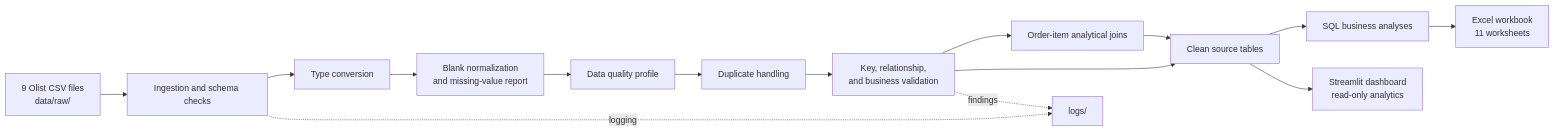
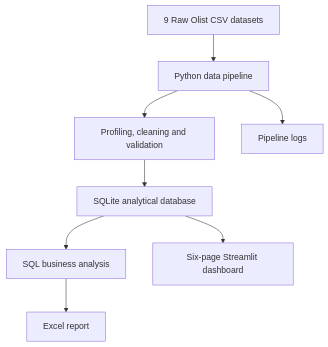
One commit to Tuberamesh/ecommerce-automation-system changed the diagram in README.md. Above: the diagram before and after it, drawn with Mermaid. The commit also changed other lines of this file and 10 other files, not shown here.

Commit message:
Finalize Olist Commerce Intelligence dashboard and deployment setup

````diff
--- a/README.md
+++ b/README.md
@@ -19,17 +21,10 @@
 ```mermaid
-flowchart LR
-    CSV["9 Olist CSV files<br/>data/raw/"] --> Load["Ingestion and schema checks"]
-    Load --> Types["Type conversion"]
-    Types --> Missing["Blank normalization<br/>and missing-value report"]
-    Missing --> Profile["Data quality profile"]
-    Profile --> Duplicates["Duplicate handling"]
-    Duplicates --> Validate["Key, relationship,<br/>and business validation"]
-    Validate --> Transform["Order-item analytical joins"]
-    Validate --> SQLite["Clean source tables"]
-    Transform --> SQLite
-    SQLite --> SQL["SQL business analyses"]
-    SQL --> Excel["Excel workbook<br/>11 worksheets"]
-    SQLite --> Dashboard["Streamlit dashboard<br/>read-only analytics"]
-    Load -. "logging" .-> Logs["logs/"]
-    Validate -. "findings" .-> Logs
+flowchart TD
+    A["9 Raw Olist CSV datasets"] --> B["Python data pipeline"]
+    B --> C["Profiling, cleaning and validation"]
+    C --> D["SQLite analytical database"]
+    D --> E["SQL business analysis"]
+    E --> F["Excel report"]
+    D --> G["Six-page Streamlit dashboard"]
+    B --> H["Pipeline logs"]
 ```
````
